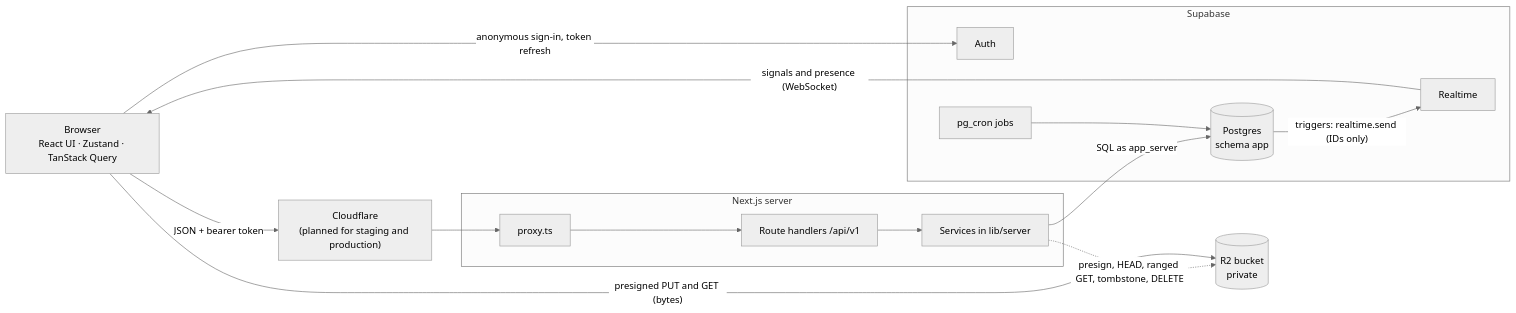
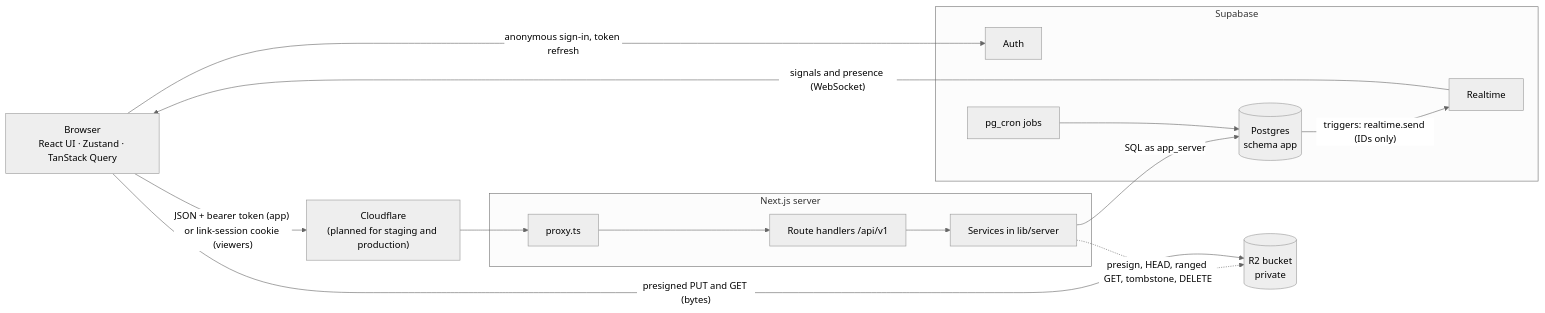
One commit to waqas-gul/local-saver changed the first of 8 diagrams in project-docs-workthrough/ARCHITECTURE.md. Above: the diagram before and after it, drawn with Mermaid (neutral theme). The commit also changed other lines of this file and 120 other files, not shown here.

````diff
--- a/project-docs-workthrough/ARCHITECTURE.md
+++ b/project-docs-workthrough/ARCHITECTURE.md
@@ -127,26 +136,26 @@
 ```mermaid
 flowchart LR
   B["Browser<br/>React UI · Zustand · TanStack Query"]
   CF["Cloudflare<br/>(planned for staging and production)"]
   subgraph N["Next.js server"]
     P["proxy.ts"]
     API["Route handlers /api/v1"]
     S["Services in lib/server"]
   end
   subgraph SB["Supabase"]
     DB[("Postgres<br/>schema app")]
     AU["Auth"]
     RT["Realtime"]
     CR["pg_cron jobs"]
   end
   R2[("R2 bucket<br/>private")]
 
-  B -- "JSON + bearer token" --> CF --> P --> API --> S
+  B -- "JSON + bearer token (app) or link-session cookie (viewers)" --> CF --> P --> API --> S
   S -- "SQL as app_server" --> DB
   S -. "presign, HEAD, ranged GET, tombstone, DELETE" .-> R2
   B -- "presigned PUT and GET (bytes)" --> R2
   B -- "anonymous sign-in, token refresh" --> AU
   DB -- "triggers: realtime.send (IDs only)" --> RT
   RT -- "signals and presence (WebSocket)" --> B
   CR --> DB
 ```
````
